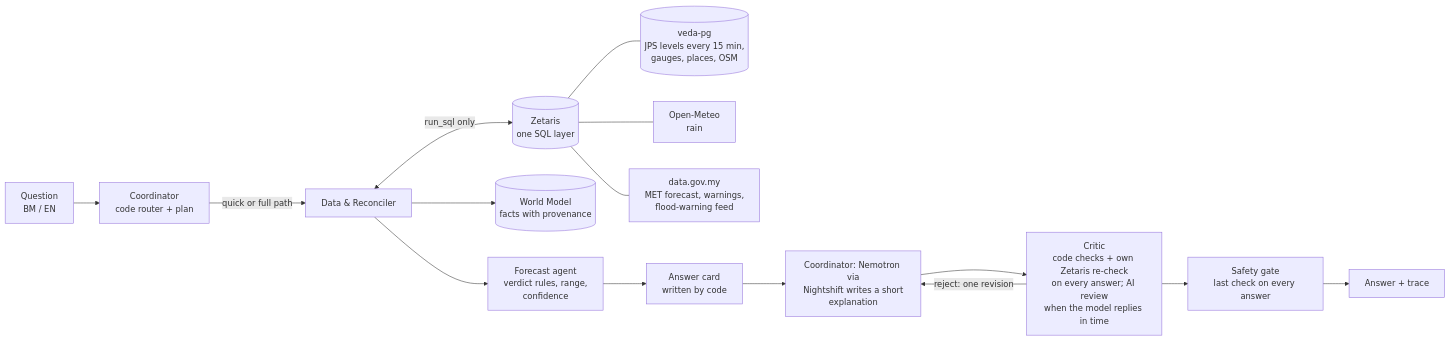
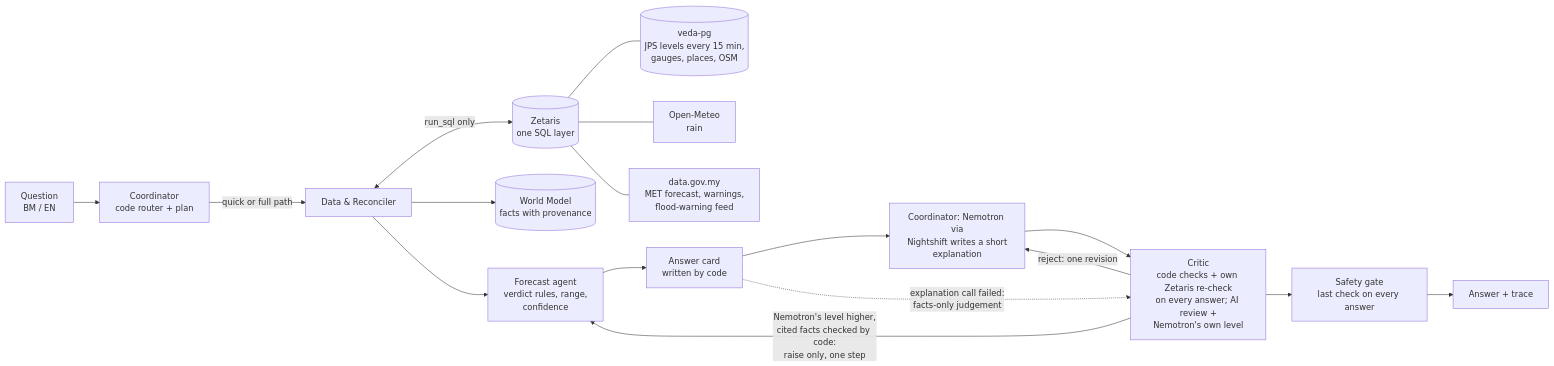
Before and after one commit to vedacool/veda-flood-kelantan: the diagram in README.md, drawn with Mermaid. The commit also changed other lines of this file and 3 other files, not shown here.

````diff
--- a/README.md
+++ b/README.md
@@ -178,17 +181,19 @@
 ```mermaid
 flowchart LR
     Q[Question<br/>BM / EN] --> C[Coordinator<br/>code router + plan]
     C -->|quick or full path| D[Data &amp; Reconciler]
     D <-->|run_sql only| Z[(Zetaris<br/>one SQL layer)]
     Z --- PG[(veda-pg<br/>JPS levels every 15 min,<br/>gauges, places, OSM)]
     Z --- OM[Open-Meteo<br/>rain]
     Z --- MY[data.gov.my<br/>MET forecast, warnings,<br/>flood-warning feed]
     D --> W[(World Model<br/>facts with provenance)]
     D --> F[Forecast agent<br/>verdict rules, range,<br/>confidence]
     F --> K[Answer card<br/>written by code]
     K --> N[Coordinator: Nemotron via<br/>Nightshift writes a short<br/>explanation]
-    N --> CR[Critic<br/>code checks + own Zetaris re-check<br/>on every answer; AI review<br/>when the model replies in time]
+    N --> CR[Critic<br/>code checks + own Zetaris re-check<br/>on every answer; AI review +<br/>Nemotron's own level]
+    K -.->|explanation call failed:<br/>facts-only judgement| CR
     CR -->|reject: one revision| N
+    CR -->|Nemotron's level higher,<br/>cited facts checked by code:<br/>raise only, one step| F
     CR --> S[Safety gate<br/>last check on every answer]
     S --> A[Answer + trace]
 ```
````
